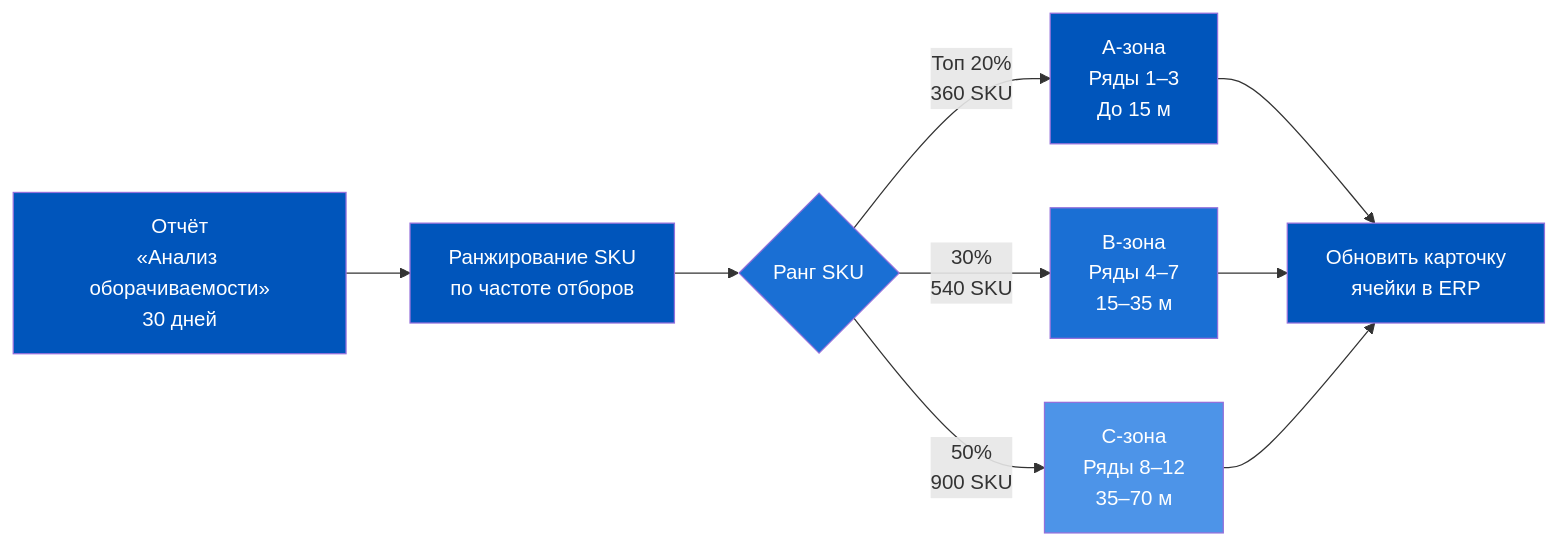
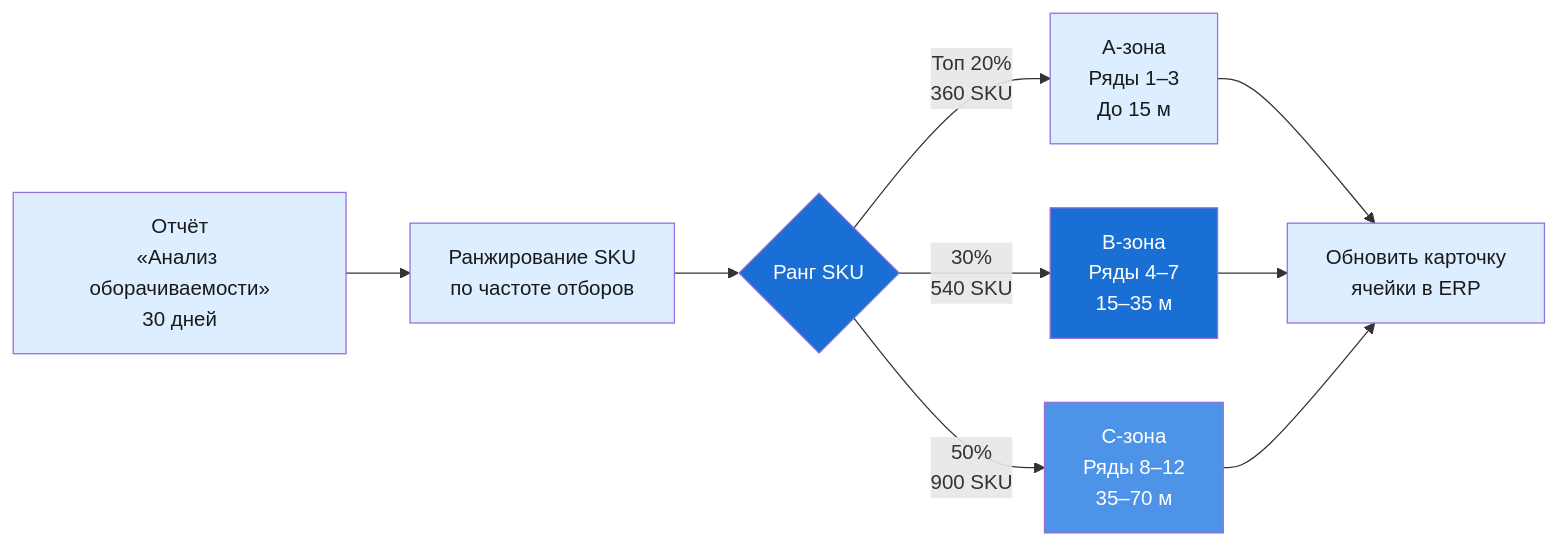
Before and after one commit to murad1986/1c-erp-quartz: the second of 6 diagrams in content/1c-erp/week_4/Неделя 4 - День 6 - Практикум по топологии склада.md, drawn with Mermaid. The commit also changed other lines of this file and 57 other files, not shown here.

First line of the commit message:
fix: Mermaid — пастельные цвета в источниках диаграмм (56 файлов)

````diff
--- a/content/1c-erp/week_4/Неделя 4 - День 6 - Практикум по топологии склада.md
+++ b/content/1c-erp/week_4/Неделя 4 - День 6 - Практикум по топологии склада.md
@@ -154,19 +154,19 @@
 ```mermaid
 flowchart LR
     A["Отчёт<br/>«Анализ оборачиваемости»<br/>30 дней"] --> B["Ранжирование SKU<br/>по частоте отборов"]
     B --> C{"Ранг SKU"}
     C -->|"Топ 20%<br/>360 SKU"| D["A-зона<br/>Ряды 1–3<br/>До 15 м"]
     C -->|"30%<br/>540 SKU"| E["B-зона<br/>Ряды 4–7<br/>15–35 м"]
     C -->|"50%<br/>900 SKU"| F["C-зона<br/>Ряды 8–12<br/>35–70 м"]
     D --> G["Обновить карточку<br/>ячейки в ERP"]
     E --> G
     F --> G
 
-    style A fill:#0055BB,color:#fff
-    style B fill:#0055BB,color:#fff
+    style A fill:#dceeff,color:#1a1a1a
+    style B fill:#dceeff,color:#1a1a1a
     style C fill:#1a6fd4,color:#fff
-    style D fill:#0055BB,color:#fff
+    style D fill:#dceeff,color:#1a1a1a
     style E fill:#1a6fd4,color:#fff
     style F fill:#4d94e8,color:#fff
-    style G fill:#0055BB,color:#fff
+    style G fill:#dceeff,color:#1a1a1a
 ```
````
